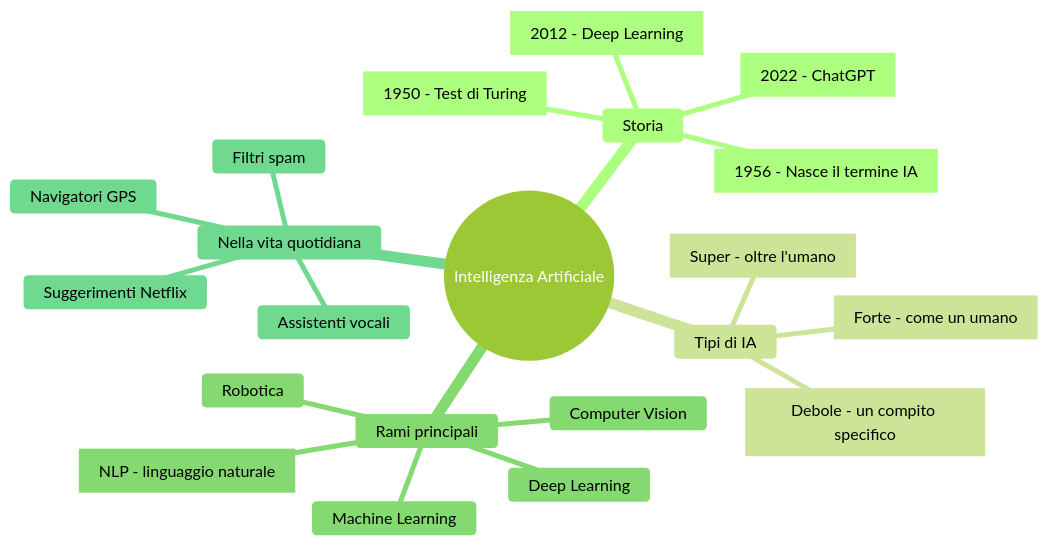
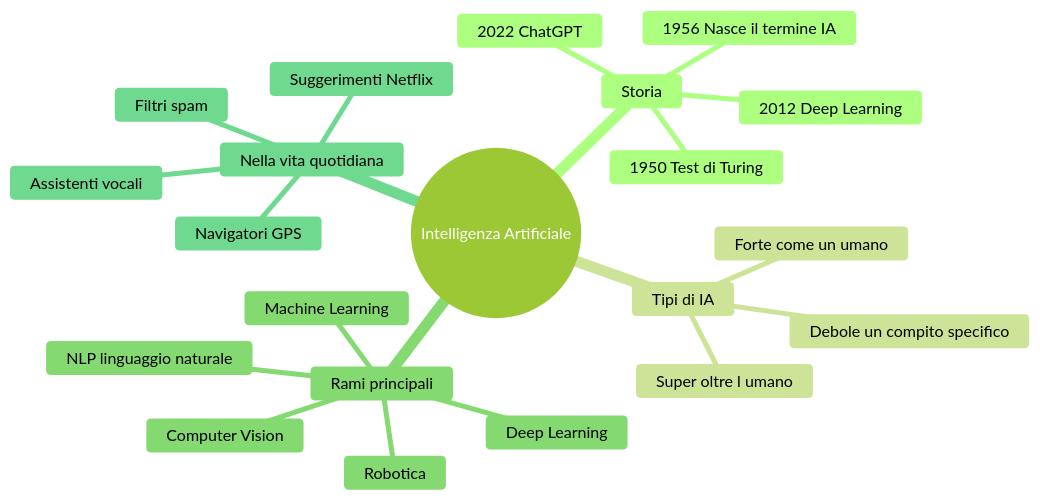
Before and after one commit to Federob/infohandouts: the diagram in docs/ai/00_intro.qmd, drawn with Mermaid (forest theme). The commit also changed other lines of this file and 110 other files, not shown here.

````diff
--- a/docs/ai/00_intro.qmd
+++ b/docs/ai/00_intro.qmd
@@ -186,24 +187,24 @@
 ```{mermaid}
 mindmap
   root((Intelligenza Artificiale))
     Storia
-      ["1950 - Test di Turing"]
-      ["1956 - Nasce il termine IA"]
-      ["2012 - Deep Learning"]
-      ["2022 - ChatGPT"]
+      1950 Test di Turing
+      1956 Nasce il termine IA
+      2012 Deep Learning
+      2022 ChatGPT
     Tipi di IA
-      ["Debole - un compito specifico"]
-      ["Forte - come un umano"]
-      ["Super - oltre l'umano"]
+      Debole un compito specifico
+      Forte come un umano
+      Super oltre l umano
     Rami principali
       Machine Learning
       Deep Learning
       Computer Vision
-      ["NLP - linguaggio naturale"]
+      NLP linguaggio naturale
       Robotica
     Nella vita quotidiana
       Assistenti vocali
       Suggerimenti Netflix
       Filtri spam
       Navigatori GPS
 ```
````
